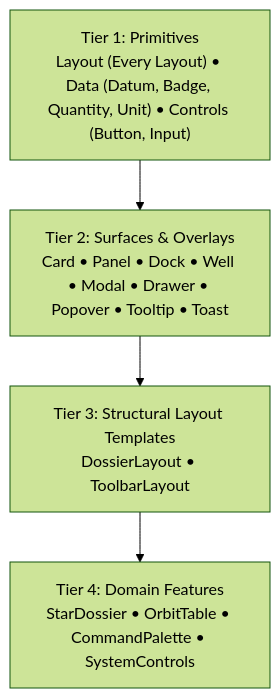
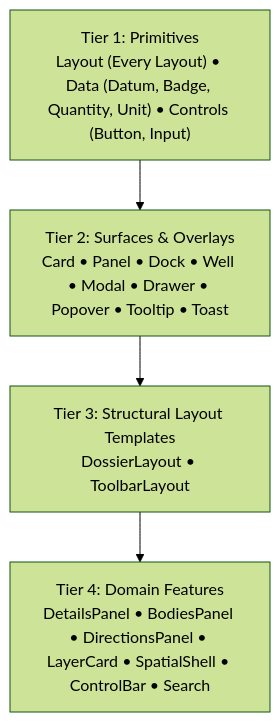
Before and after one commit to marcelkornblum/starmap: the third of 3 diagrams in docs/design-system.md, drawn with Mermaid (forest theme). The commit also changed other lines of this file and 84 other files, not shown here.

First line of the commit message:
chore(arch): Track T10 Closing Audit, Target Architecture Docs & Initiative Archival (#104)

````diff
--- a/docs/design-system.md
+++ b/docs/design-system.md
@@ -142,7 +142,7 @@
 ```mermaid
 flowchart TD
     Tier1["Tier 1: Primitives\nLayout (Every Layout) • Data (Datum, Badge, Quantity, Unit) • Controls (Button, Input)"]
     --> Tier2["Tier 2: Surfaces & Overlays\nCard • Panel • Dock • Well • Modal • Drawer • Popover • Tooltip • Toast"]
     --> Tier3["Tier 3: Structural Layout Templates\nDossierLayout • ToolbarLayout"]
-    --> Tier4["Tier 4: Domain Features\nStarDossier • OrbitTable • CommandPalette • SystemControls"]
+    --> Tier4["Tier 4: Domain Features\nDetailsPanel • BodiesPanel • DirectionsPanel • LayerCard • SpatialShell • ControlBar • Search"]
 ```
````
